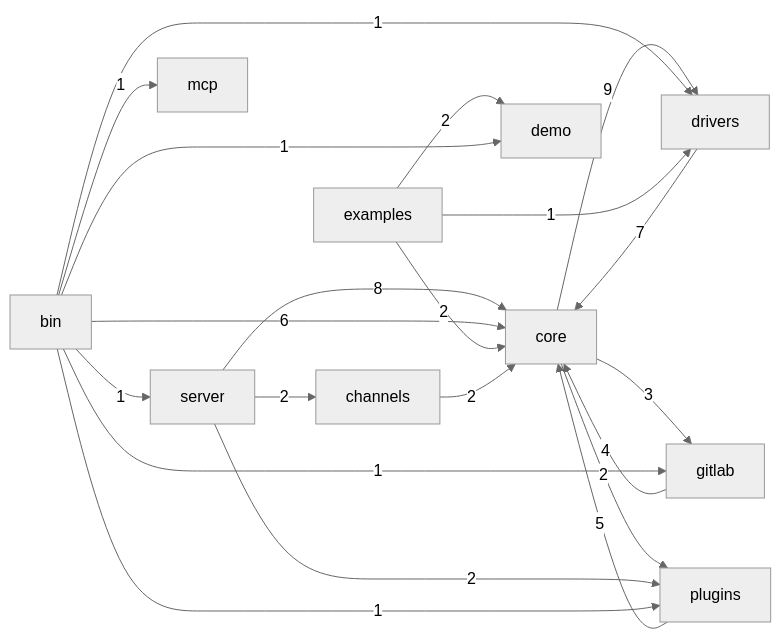
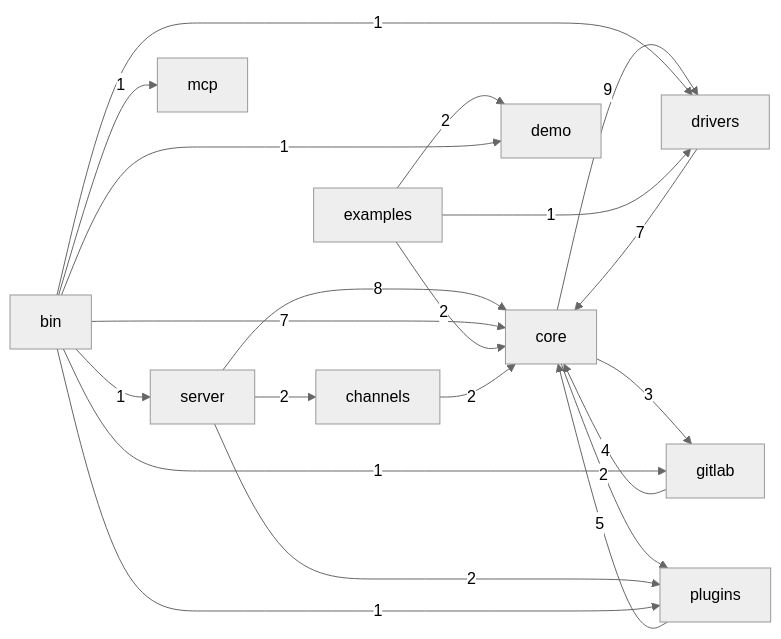
The diagram in docs/wiki/architecture.md (yunyu-x/yunyu-teamwork), drawn with Mermaid (neutral theme) before and after one commit. The commit also changed other lines of this file and 33 other files, not shown here.

````diff
--- a/docs/wiki/architecture.md
+++ b/docs/wiki/architecture.md
@@ -6,23 +6,23 @@
 ```mermaid
 graph LR
   dom_core["core"] -->|9| dom_drivers["drivers"]
   dom_server["server"] -->|8| dom_core["core"]
+  dom_bin["bin"] -->|7| dom_core["core"]
   dom_drivers["drivers"] -->|7| dom_core["core"]
-  dom_bin["bin"] -->|6| dom_core["core"]
   dom_plugins["plugins"] -->|5| dom_core["core"]
   dom_gitlab["gitlab"] -->|4| dom_core["core"]
   dom_core["core"] -->|3| dom_gitlab["gitlab"]
   dom_examples["examples"] -->|2| dom_core["core"]
   dom_examples["examples"] -->|2| dom_demo["demo"]
   dom_channels["channels"] -->|2| dom_core["core"]
   dom_core["core"] -->|2| dom_plugins["plugins"]
   dom_server["server"] -->|2| dom_channels["channels"]
   dom_server["server"] -->|2| dom_plugins["plugins"]
   dom_bin["bin"] -->|1| dom_drivers["drivers"]
   dom_bin["bin"] -->|1| dom_mcp["mcp"]
   dom_bin["bin"] -->|1| dom_demo["demo"]
   dom_bin["bin"] -->|1| dom_gitlab["gitlab"]
   dom_bin["bin"] -->|1| dom_plugins["plugins"]
   dom_bin["bin"] -->|1| dom_server["server"]
   dom_examples["examples"] -->|1| dom_drivers["drivers"]
 ```
````
